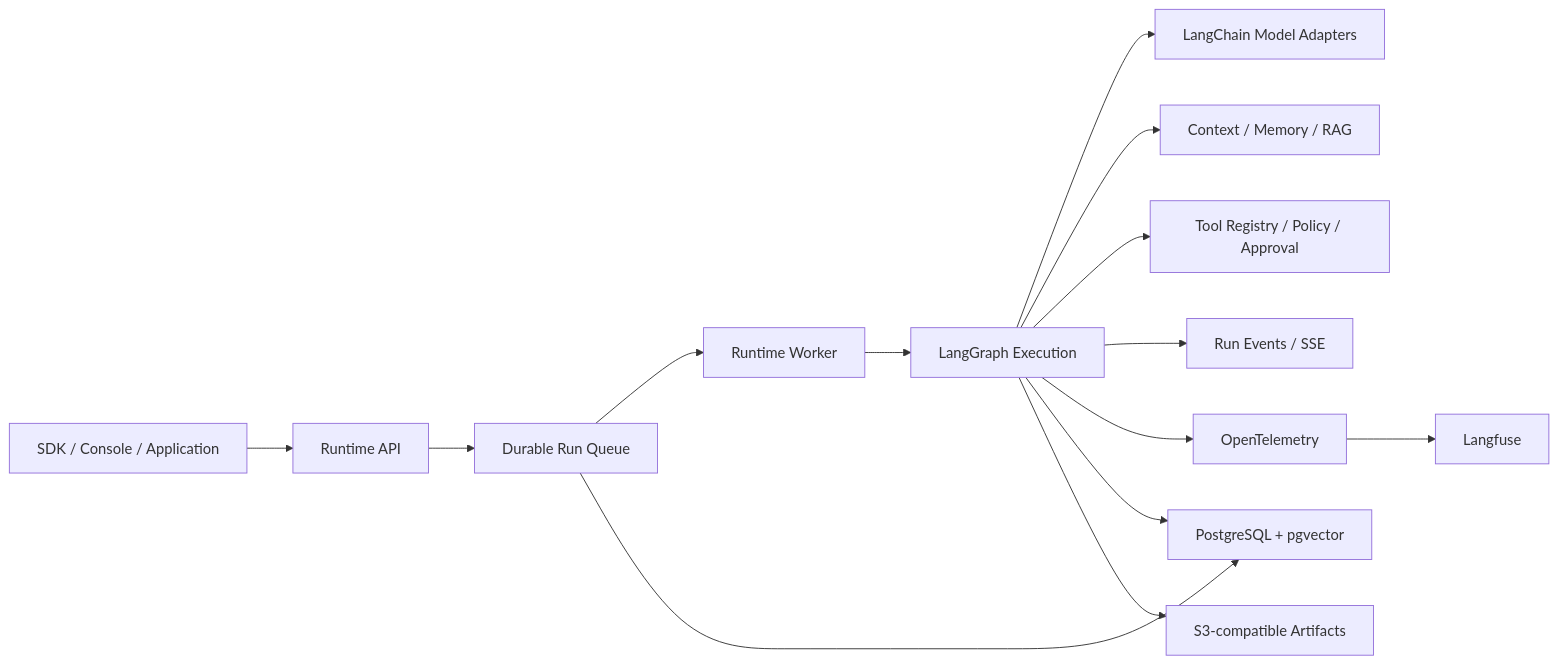
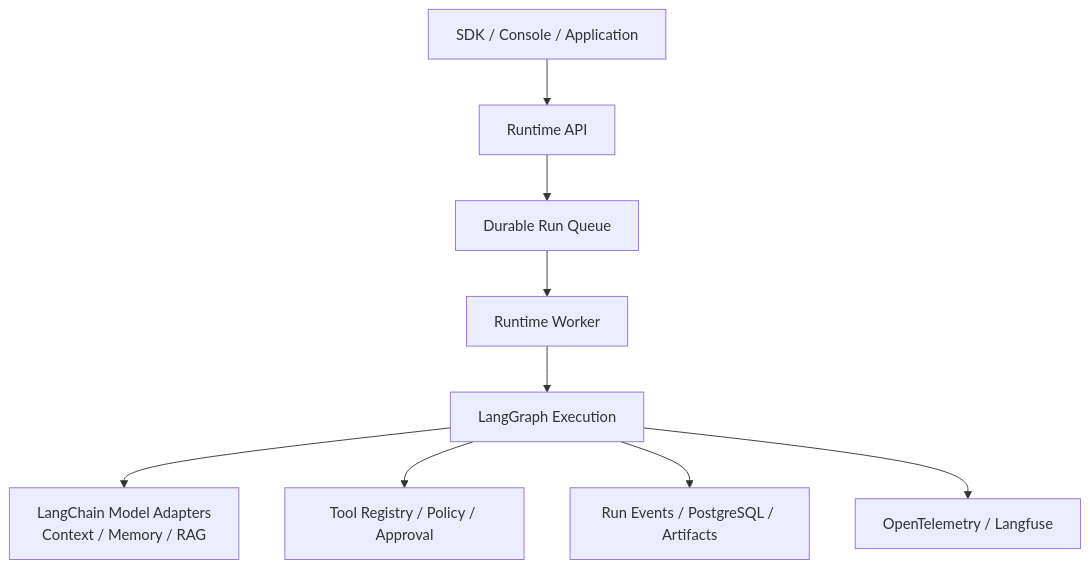
The diagram in README.md (liuyuhui2020/ZHIYI), drawn with Mermaid before and after one commit. The commit also changed other lines of this file, not shown here.

````diff
--- a/README.md
+++ b/README.md
@@ -94,16 +91,11 @@
 ```mermaid
-flowchart LR
+flowchart TB
     Client["SDK / Console / Application"] --> API["Runtime API"]
     API --> Queue["Durable Run Queue"]
     Queue --> Worker["Runtime Worker"]
     Worker --> Graph["LangGraph Execution"]
-    Graph --> Models["LangChain Model Adapters"]
-    Graph --> Context["Context / Memory / RAG"]
+    Graph --> Intelligence["LangChain Model Adapters<br/>Context / Memory / RAG"]
     Graph --> Tools["Tool Registry / Policy / Approval"]
-    Graph --> Events["Run Events / SSE"]
-    Graph --> Trace["OpenTelemetry"]
-    Trace --> Langfuse["Langfuse"]
-    Queue --> PG["PostgreSQL + pgvector"]
-    Graph --> PG
-    Graph --> S3["S3-compatible Artifacts"]
+    Graph --> Records["Run Events / PostgreSQL / Artifacts"]
+    Graph --> Observability["OpenTelemetry / Langfuse"]
 ```
````
